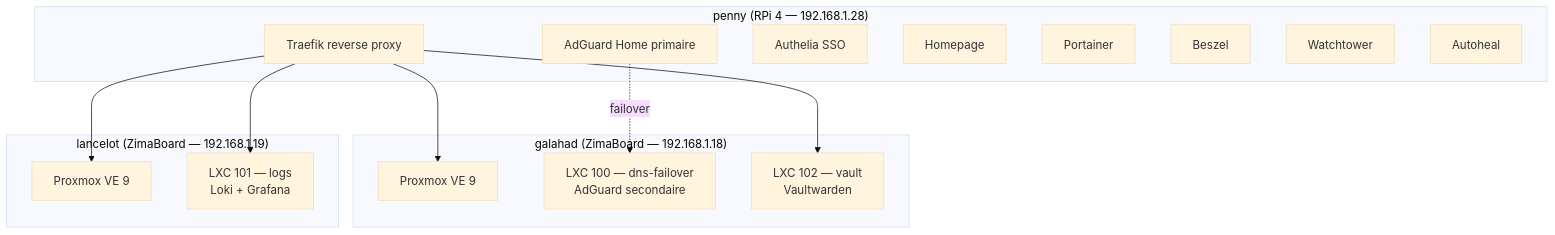
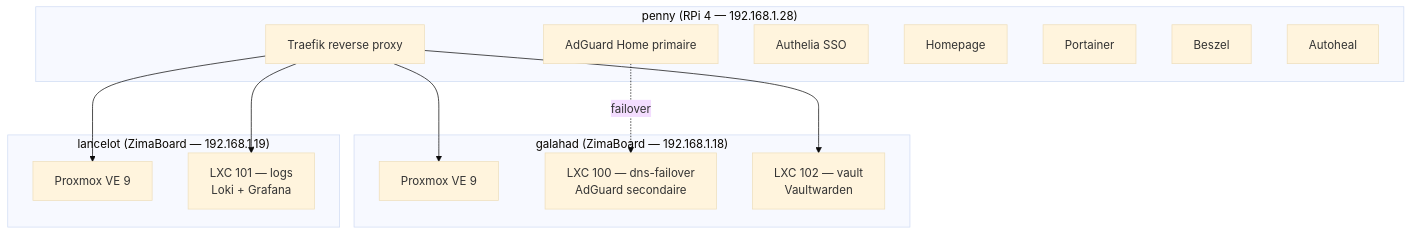
Before and after one commit to GabinSMD/homelab-doc: the diagram in docs/index.md, drawn with Mermaid (base theme). The commit also changed 13 other files, not shown here.

````diff
--- a/docs/index.md
+++ b/docs/index.md
@@ -25,30 +25,29 @@
 ```mermaid
 graph TB
     subgraph penny["penny (RPi 4 — 192.168.1.28)"]
         traefik[Traefik reverse proxy]
         adguard1[AdGuard Home primaire]
         authelia[Authelia SSO]
         homepage[Homepage]
         portainer[Portainer]
         beszel[Beszel]
-        watchtower[Watchtower]
         autoheal[Autoheal]
     end
 
     subgraph galahad["galahad (ZimaBoard — 192.168.1.18)"]
         proxmox1[Proxmox VE 9]
         lxc100[LXC 100 — dns-failover<br/>AdGuard secondaire]
         lxc102[LXC 102 — vault<br/>Vaultwarden]
     end
 
     subgraph lancelot["lancelot (ZimaBoard — 192.168.1.19)"]
         proxmox2[Proxmox VE 9]
         lxc101[LXC 101 — logs<br/>Loki + Grafana]
     end
 
     traefik --> lxc102
     traefik --> lxc101
     traefik --> proxmox1
     traefik --> proxmox2
     adguard1 -.->|failover| lxc100
 ```
````
